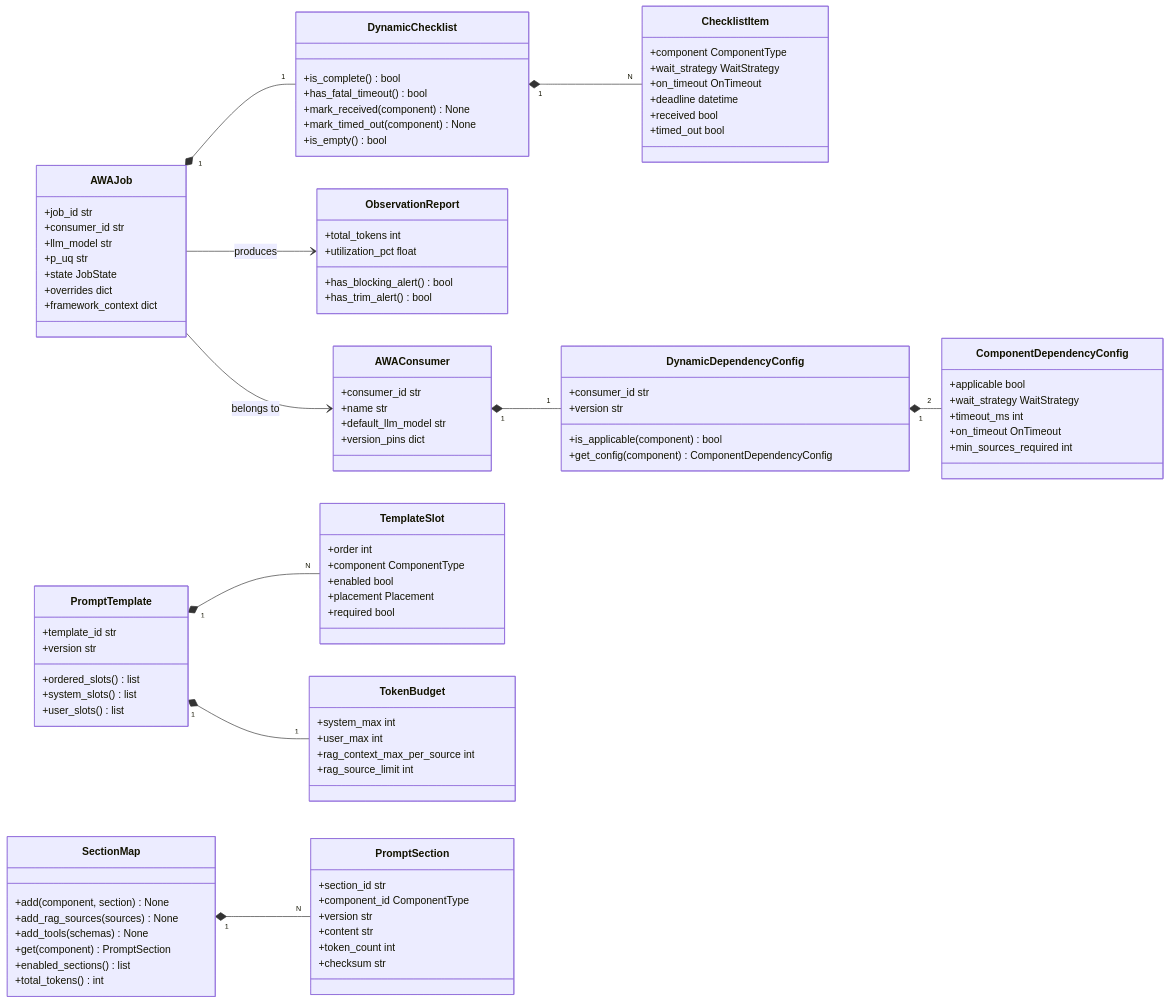
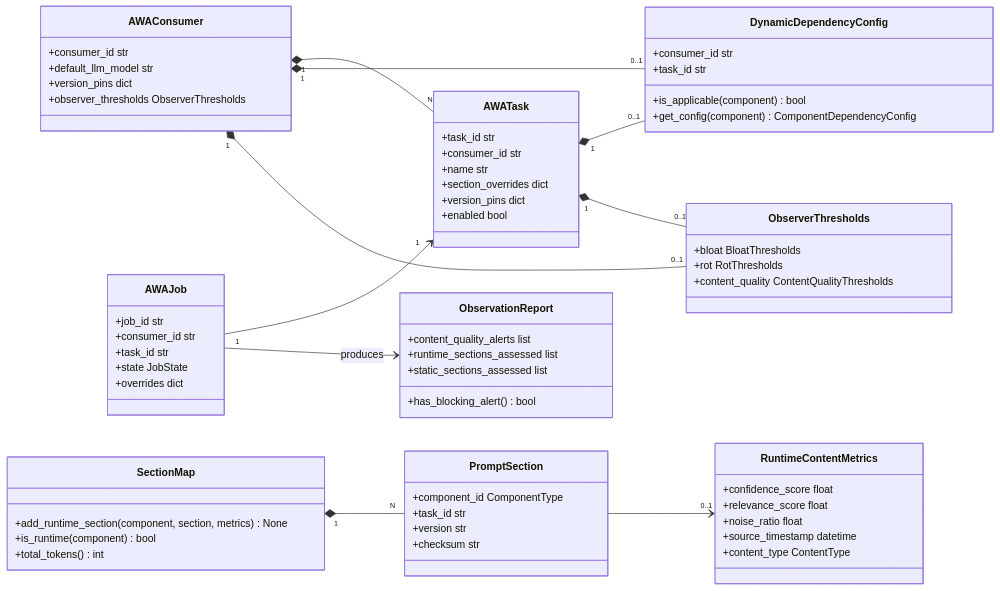
One commit to Siddharth2908/Prompt_Builder changed the first of 8 diagrams in AWA_Prompt_Builder_TDD.md. Above: the diagram before and after it, drawn with Mermaid. The commit also changed other lines of this file, not shown here.

````diff
--- a/AWA_Prompt_Builder_TDD.md
+++ b/AWA_Prompt_Builder_TDD.md
@@ -1460,97 +1389,68 @@
 
     class AWAConsumer {
         +consumer_id str
-        +name str
         +default_llm_model str
         +version_pins dict
+        +observer_thresholds ObserverThresholds
+    }
+    class AWATask {
+        +task_id str
+        +consumer_id str
+        +name str
+        +section_overrides dict
+        +version_pins dict
+        +enabled bool
     }
     class DynamicDependencyConfig {
         +consumer_id str
-        +version str
+        +task_id str
         +is_applicable(component) bool
         +get_config(component) ComponentDependencyConfig
     }
-    class ComponentDependencyConfig {
-        +applicable bool
-        +wait_strategy WaitStrategy
-        +timeout_ms int
-        +on_timeout OnTimeout
-        +min_sources_required int
+    class ObserverThresholds {
+        +bloat BloatThresholds
+        +rot RotThresholds
+        +content_quality ContentQualityThresholds
     }
     class AWAJob {
         +job_id str
         +consumer_id str
-        +llm_model str
-        +p_uq str
+        +task_id str
         +state JobState
         +overrides dict
-        +framework_context dict
-    }
-    class DynamicChecklist {
-        +is_complete() bool
-        +has_fatal_timeout() bool
-        +mark_received(component) None
-        +mark_timed_out(component) None
-        +is_empty() bool
-    }
-    class ChecklistItem {
-        +component ComponentType
-        +wait_strategy WaitStrategy
-        +on_timeout OnTimeout
-        +deadline datetime
-        +received bool
-        +timed_out bool
-    }
-    class PromptTemplate {
-        +template_id str
-        +version str
-        +ordered_slots() list
-        +system_slots() list
-        +user_slots() list
-    }
-    class TemplateSlot {
-        +order int
-        +component ComponentType
-        +enabled bool
-        +placement Placement
-        +required bool
-    }
-    class TokenBudget {
-        +system_max int
-        +user_max int
-        +rag_context_max_per_source int
-        +rag_source_limit int
     }
     class SectionMap {
-        +add(component, section) None
-        +add_rag_sources(sources) None
-        +add_tools(schemas) None
-        +get(component) PromptSection
-        +enabled_sections() list
+        +add_runtime_section(component, section, metrics) None
+        +is_runtime(component) bool
         +total_tokens() int
     }
     class PromptSection {
-        +section_id str
         +component_id ComponentType
+        +task_id str
         +version str
-        +content str
-        +token_count int
         +checksum str
     }
+    class RuntimeContentMetrics {
+        +confidence_score float
+        +relevance_score float
+        +noise_ratio float
+        +source_timestamp datetime
+        +content_type ContentType
+    }
     class ObservationReport {
-        +total_tokens int
-        +utilization_pct float
+        +content_quality_alerts list
+        +runtime_sections_assessed list
+        +static_sections_assessed list
         +has_blocking_alert() bool
-        +has_trim_alert() bool
     }
 
-    AWAConsumer "1" *-- "1" DynamicDependencyConfig
-    DynamicDependencyConfig "1" *-- "2" ComponentDependencyConfig
-    AWAJob "1" *-- "1" DynamicChecklist
-    DynamicChecklist "1" *-- "N" ChecklistItem
-    PromptTemplate "1" *-- "N" TemplateSlot
-    PromptTemplate "1" *-- "1" TokenBudget
+    AWAConsumer "1" *-- "N" AWATask
+    AWAConsumer "1" *-- "0..1" DynamicDependencyConfig
+    AWAConsumer "1" *-- "0..1" ObserverThresholds
+    AWATask "1" *-- "0..1" DynamicDependencyConfig
+    AWATask "1" *-- "0..1" ObserverThresholds
+    AWAJob "1" --> "1" AWATask
+    AWAJob --> ObservationReport : produces
     SectionMap "1" *-- "N" PromptSection
-    AWAJob --> ObservationReport : produces
-    AWAJob --> AWAConsumer : belongs to
+    PromptSection --> "0..1" RuntimeContentMetrics
 ```
````
